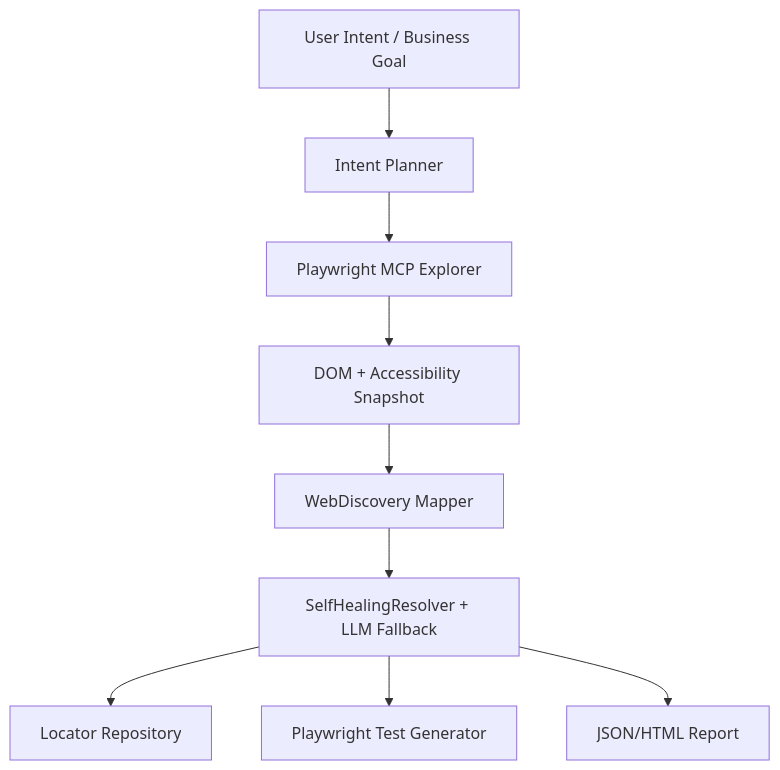
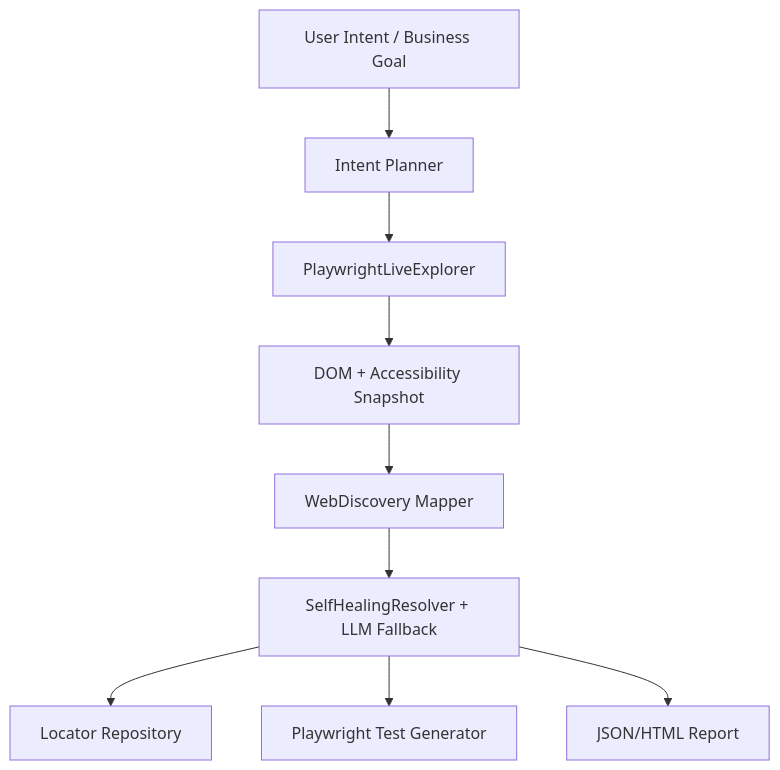
The diagram in docs/intent-driven-automation.md (mustafasercansak/automation-sandbox), drawn with Mermaid before and after one commit. The commit also changed other lines of this file and 35 other files, not shown here.

First line of the commit message:
feat: add LLM-backed intent planning, desktop test generation, and live Playwright exploration

````diff
--- a/docs/intent-driven-automation.md
+++ b/docs/intent-driven-automation.md
@@ -34,21 +37,21 @@
 ```mermaid
 flowchart TB
     Intent["User Intent / Business Goal"]
     Planner["Intent Planner"]
-    Explorer["Playwright MCP Explorer"]
+    Explorer["PlaywrightLiveExplorer"]
     Snapshot["DOM + Accessibility Snapshot"]
     Mapper["WebDiscovery Mapper"]
     Resolver["SelfHealingResolver + LLM Fallback"]
     Repository["Locator Repository"]
     Generator["Playwright Test Generator"]
     Report["JSON/HTML Report"]
 
     Intent --> Planner
     Planner --> Explorer
     Explorer --> Snapshot
     Snapshot --> Mapper
     Mapper --> Resolver
     Resolver --> Repository
     Resolver --> Generator
     Resolver --> Report
 ```
````
